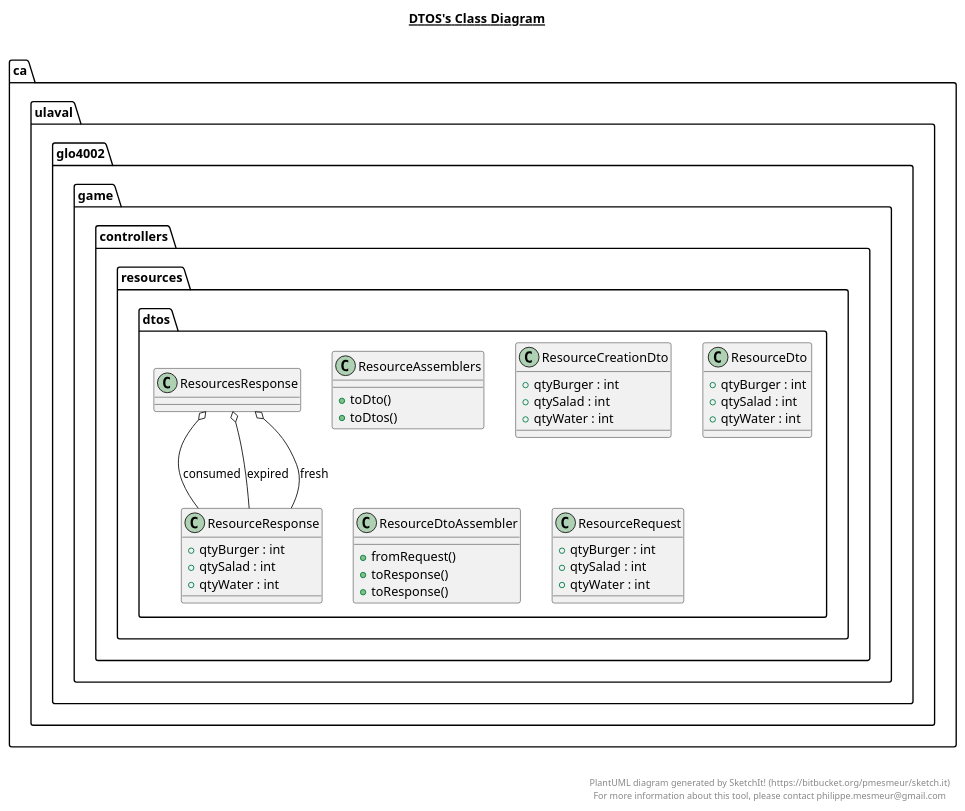
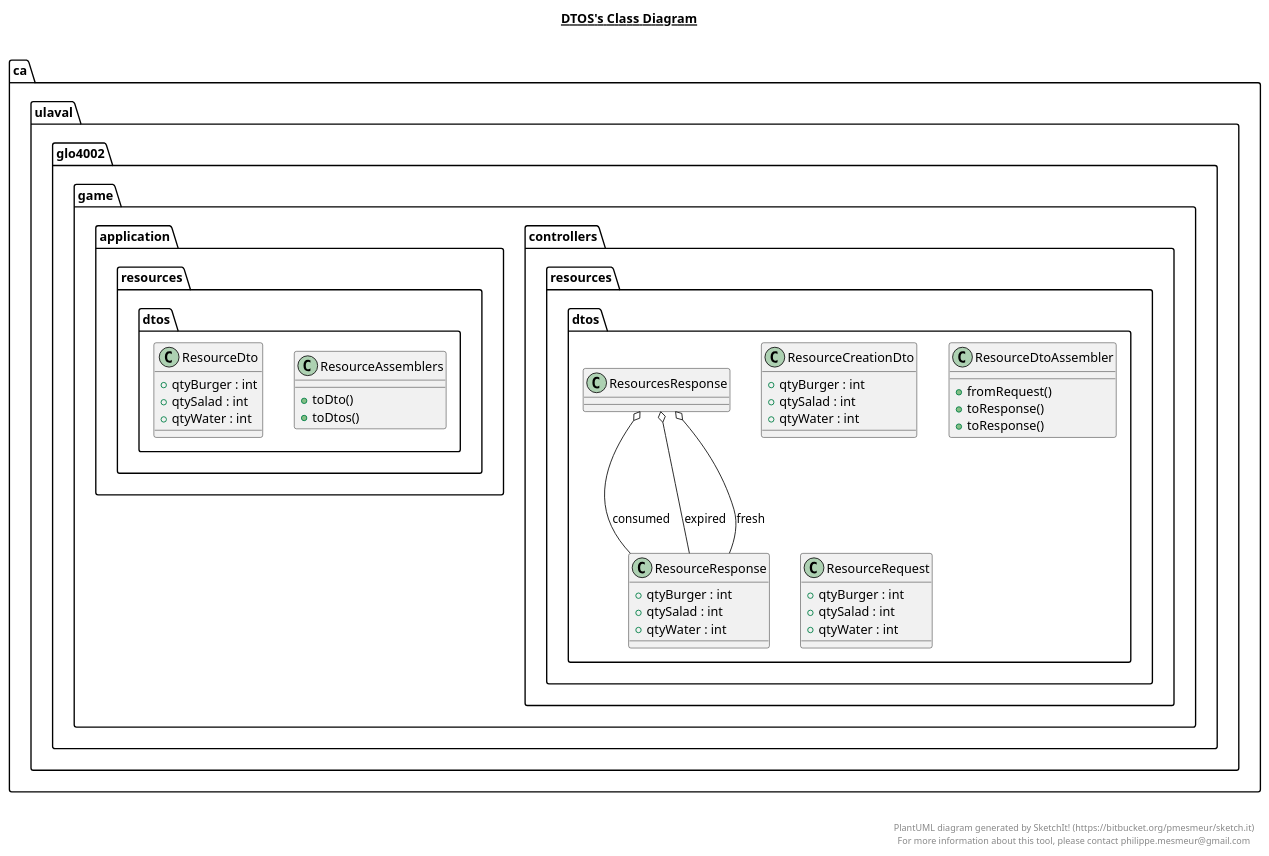
Before and after one commit to MALEC321/MEP7: the diagram in game-api/src/main/java/ca/ulaval/glo4002/game/controllers/resources/dtos/dtos.plantuml, drawn with PlantUML. The commit also changed 23 other files, not shown here.

Commit message:
refactor dto resource + turn

```diff
--- a/game-api/src/main/java/ca/ulaval/glo4002/game/controllers/resources/dtos/dtos.plantuml
+++ b/game-api/src/main/java/ca/ulaval/glo4002/game/controllers/resources/dtos/dtos.plantuml
@@ -1,104 +1,104 @@
 @startuml
 
 title __DTOS's Class Diagram__\n
 
     namespace ca.ulaval.glo4002.game {
       namespace controllers.resources {
         namespace dtos {
-          class ca.ulaval.glo4002.game.controllers.resources.dtos.ResourceAssemblers {
+          class ca.ulaval.glo4002.game.application.resources.dtos.ResourceAssemblers {
               + toDto()
               + toDtos()
           }
         }
       }
     }
   
 
     namespace ca.ulaval.glo4002.game {
       namespace controllers.resources {
         namespace dtos {
           class ca.ulaval.glo4002.game.controllers.resources.dtos.ResourceCreationDto {
               + qtyBurger : int
               + qtySalad : int
               + qtyWater : int
           }
         }
       }
     }
   
 
     namespace ca.ulaval.glo4002.game {
       namespace controllers.resources {
         namespace dtos {
-          class ca.ulaval.glo4002.game.controllers.resources.dtos.ResourceDto {
+          class ca.ulaval.glo4002.game.application.resources.dtos.ResourceDto {
               + qtyBurger : int
               + qtySalad : int
               + qtyWater : int
           }
         }
       }
     }
   
 
     namespace ca.ulaval.glo4002.game {
       namespace controllers.resources {
         namespace dtos {
           class ca.ulaval.glo4002.game.controllers.resources.dtos.ResourceDtoAssembler {
               + fromRequest()
               + toResponse()
               + toResponse()
           }
         }
       }
     }
   
 
     namespace ca.ulaval.glo4002.game {
       namespace controllers.resources {
         namespace dtos {
           class ca.ulaval.glo4002.game.controllers.resources.dtos.ResourceRequest {
               + qtyBurger : int
               + qtySalad : int
               + qtyWater : int
           }
         }
       }
     }
   
 
     namespace ca.ulaval.glo4002.game {
       namespace controllers.resources {
         namespace dtos {
           class ca.ulaval.glo4002.game.controllers.resources.dtos.ResourceResponse {
               + qtyBurger : int
               + qtySalad : int
               + qtyWater : int
           }
         }
       }
     }
   
 
     namespace ca.ulaval.glo4002.game {
       namespace controllers.resources {
         namespace dtos {
           class ca.ulaval.glo4002.game.controllers.resources.dtos.ResourcesResponse {
           }
         }
       }
     }
   
 
   ca.ulaval.glo4002.game.controllers.resources.dtos.ResourcesResponse o-- ca.ulaval.glo4002.game.controllers.resources.dtos.ResourceResponse : consumed
   ca.ulaval.glo4002.game.controllers.resources.dtos.ResourcesResponse o-- ca.ulaval.glo4002.game.controllers.resources.dtos.ResourceResponse : expired
   ca.ulaval.glo4002.game.controllers.resources.dtos.ResourcesResponse o-- ca.ulaval.glo4002.game.controllers.resources.dtos.ResourceResponse : fresh
 
 
 right footer
 
 
 PlantUML diagram generated by SketchIt! (https://bitbucket.org/pmesmeur/sketch.it)
 For more information about this tool, please contact philippe.mesmeur@gmail.com
 endfooter
 
 @enduml
```
